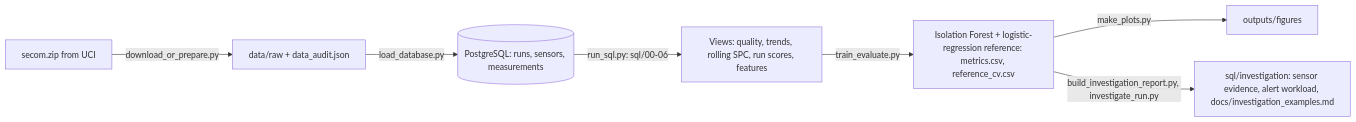
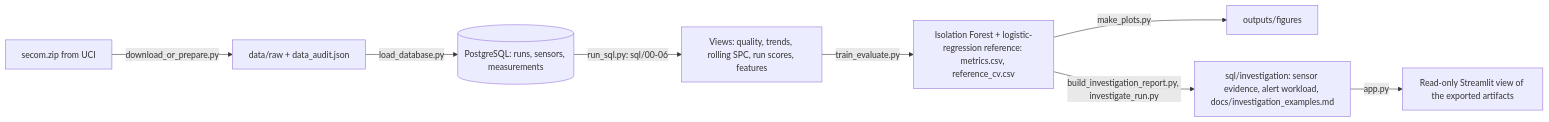
One commit to Lara-Chung/secom-spc-anomaly-detection changed the diagram in README.md. Above: the diagram before and after it, drawn with Mermaid. The commit also changed other lines of this file and 1 other file, not shown here.

````diff
--- a/README.md
+++ b/README.md
@@ -31,9 +25,10 @@
 ```mermaid
 flowchart LR
     A[secom.zip from UCI] -->|download_or_prepare.py| B[data/raw + data_audit.json]
     B -->|load_database.py| C[(PostgreSQL: runs, sensors, measurements)]
     C -->|run_sql.py: sql/00-06| D[Views: quality, trends, rolling SPC, run scores, features]
     D -->|train_evaluate.py| E[Isolation Forest + logistic-regression reference: metrics.csv, reference_cv.csv]
     E -->|make_plots.py| F[outputs/figures]
     E -->|build_investigation_report.py, investigate_run.py| G[sql/investigation: sensor evidence, alert workload, docs/investigation_examples.md]
+    G -->|app.py| H[Read-only Streamlit view of the exported artifacts]
 ```
````
